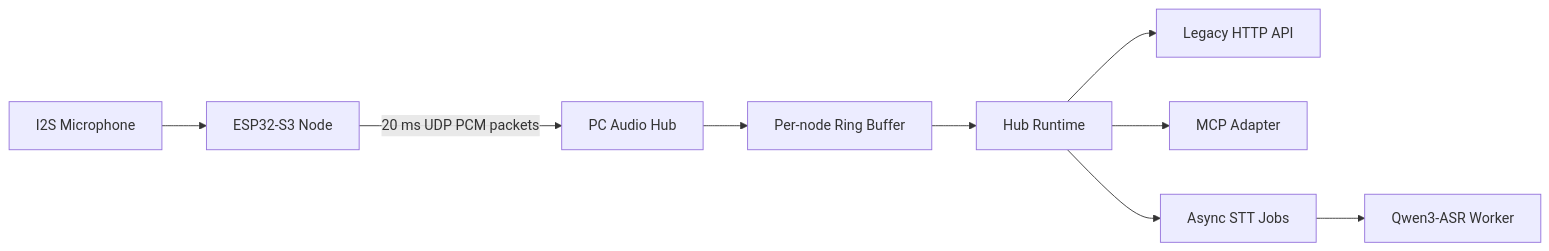
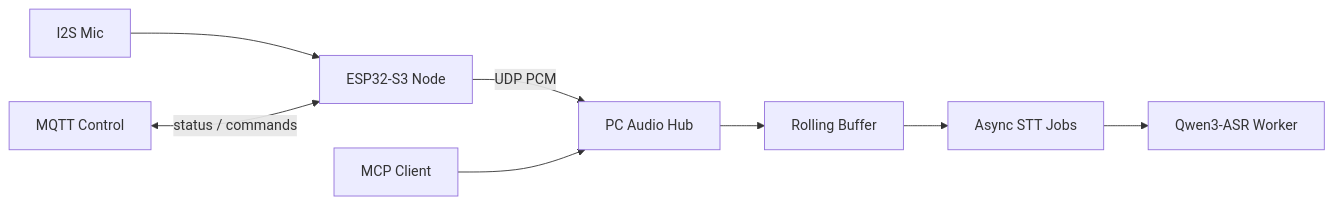
Before and after one commit to Tobi1chi/EchoTrigger: the diagram in README.md, drawn with Mermaid. The commit also changed other lines of this file and 9 other files, not shown here.

````diff
--- a/README.md
+++ b/README.md
@@ -66,11 +15,10 @@
 ```mermaid
 flowchart LR
-  mic["I2S Microphone"] --> esp["ESP32-S3 Node"]
-  esp -->|"20 ms UDP PCM packets"| hub["PC Audio Hub"]
-  hub --> ring["Per-node Ring Buffer"]
-  ring --> runtime["Hub Runtime"]
-  runtime --> legacy["Legacy HTTP API"]
-  runtime --> mcp["MCP Adapter"]
-  runtime --> jobs["Async STT Jobs"]
+  mic["I2S Mic"] --> esp["ESP32-S3 Node"]
+  esp -->|"UDP PCM"| hub["PC Audio Hub"]
+  hub --> ring["Rolling Buffer"]
+  ring --> jobs["Async STT Jobs"]
   jobs --> asr["Qwen3-ASR Worker"]
+  mqtt["MQTT Control"] <-->|"status / commands"| esp
+  mcp["MCP Client"] --> hub
 ```
````
